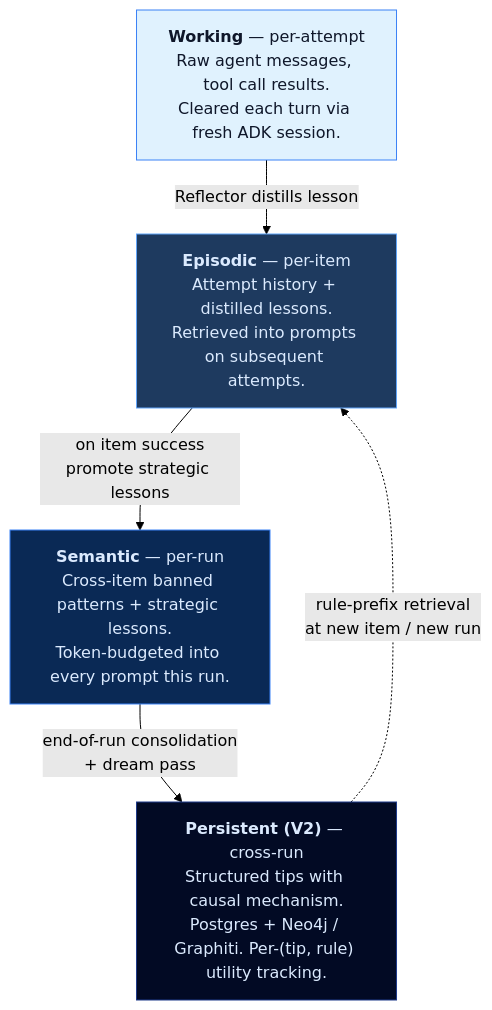
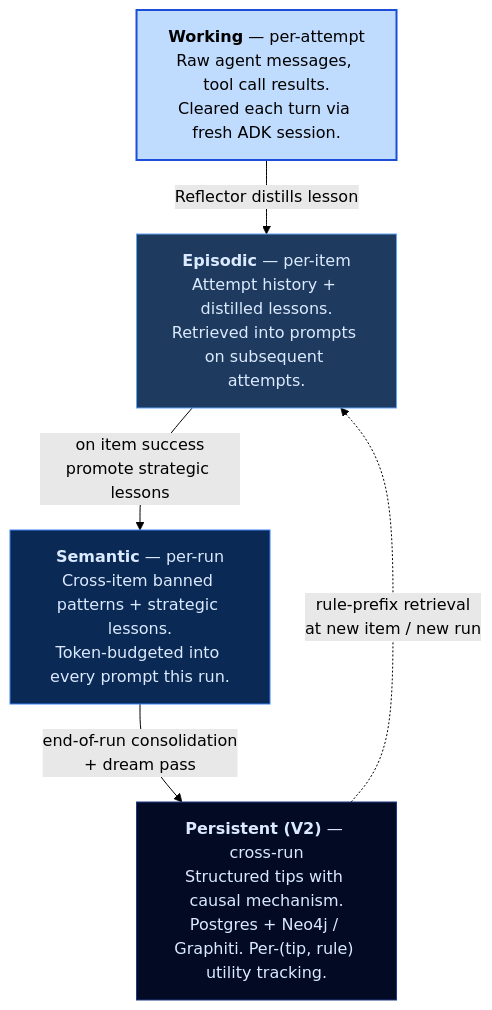
The second of 2 diagrams in docs/journal/architecture/00-system-architecture.md (kenrollins/gemma-forge), drawn with Mermaid (forest theme) before and after one commit. The commit also changed 1 other file, not shown here.

Commit message:
docs(architecture): Working tier — darker fill, force black text
The Working memory tier was rendering with a too-pale #E0F2FE fill
and the text was coming out gray instead of black. Material's slate
palette was overriding Mermaid's classDef `color:` attribute with
the theme's default light-gray text color, so even though we
specified #0F172A it wasn't taking.

Two fixes:

1. Bumped the fill from #E0F2FE to #BFDBFE (sky-200), bumped the
   stroke from #3B82F6 to #1D4ED8 (blue-700), and set the text
   color to pure #000. More contrast, more saturation, more
   obvious "this tier is the ephemeral outlier."

2. Added a CSS rule in extra.css targeting Mermaid node labels
   (`.nodeLabel` + `foreignObject` variants) with
   `fill: currentColor !important`. That pins the SVG text's fill
   to the computed color value, which comes from the inline style
   that Mermaid sets from our classDef. The `color:` attribute
   now actually wins.

````diff
--- a/docs/journal/architecture/00-system-architecture.md
+++ b/docs/journal/architecture/00-system-architecture.md
@@ -192,21 +192,21 @@
 ```mermaid
 flowchart TD
     W["<b>Working</b> — per-attempt<br/>Raw agent messages, tool call results.<br/>Cleared each turn via fresh ADK session."]
     E["<b>Episodic</b> — per-item<br/>Attempt history + distilled lessons.<br/>Retrieved into prompts on subsequent attempts."]
     S["<b>Semantic</b> — per-run<br/>Cross-item banned patterns + strategic lessons.<br/>Token-budgeted into every prompt this run."]
     P["<b>Persistent (V2)</b> — cross-run<br/>Structured tips with causal mechanism.<br/>Postgres + Neo4j / Graphiti. Per-(tip, rule) utility tracking."]
 
     W -->|Reflector distills lesson| E
     E -->|on item success<br/>promote strategic lessons| S
     S -->|end-of-run consolidation<br/>+ dream pass| P
     P -.->|rule-prefix retrieval<br/>at new item / new run| E
 
-    classDef working   fill:#E0F2FE,stroke:#3B82F6,color:#0F172A
+    classDef working   fill:#BFDBFE,stroke:#1D4ED8,color:#000000,stroke-width:2px
     classDef episodic  fill:#1E3A5F,stroke:#60A5FA,color:#DBEAFE
     classDef semantic  fill:#0A2955,stroke:#3B82F6,color:#DBEAFE
     classDef persistent fill:#020A24,stroke:#1E3A8A,color:#DBEAFE
     class W working
     class E episodic
     class S semantic
     class P persistent
 ```
````
